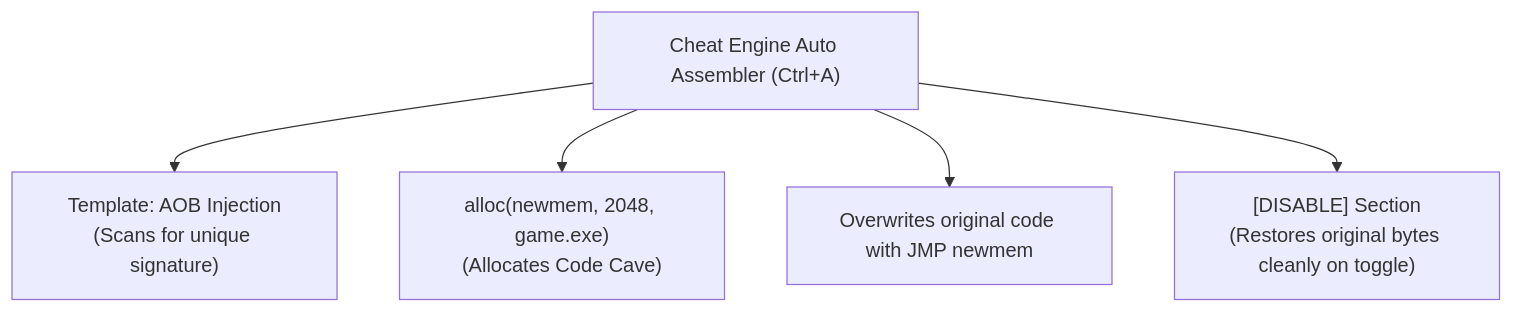
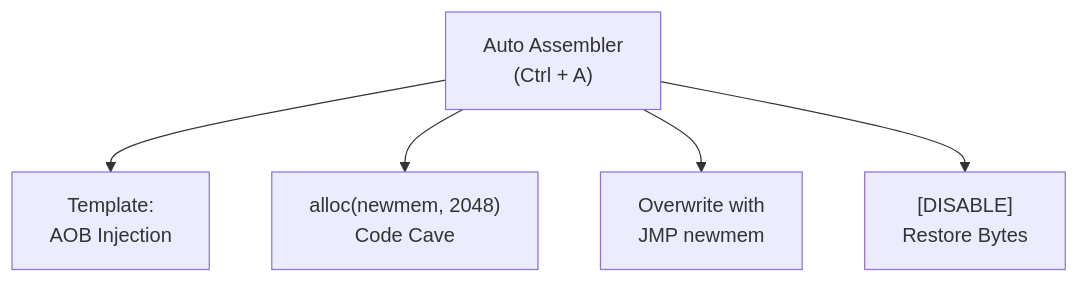
One commit to DaddyZyn/Cyber-security-notes changed the third of 3 diagrams in topics/25-reverse-engineering-workflows-ida-ghidra-x64dbg-ce/README.md. Above: the diagram before and after it, drawn with Mermaid. The commit also changed other lines of this file and 7 other files, not shown here.

Commit message:
fix: reformat all diagrams in modules 20-27 with ultra-short line wrapping to prevent GitHub SVG text clipping

````diff
--- a/topics/25-reverse-engineering-workflows-ida-ghidra-x64dbg-ce/README.md
+++ b/topics/25-reverse-engineering-workflows-ida-ghidra-x64dbg-ce/README.md
@@ -115,8 +115,8 @@
 ```mermaid
 flowchart TD
-    AA["Cheat Engine Auto Assembler (Ctrl+A)"]
-    AA --> AOB["Template: AOB Injection<br/>(Scans for unique signature)"]
-    AA --> Alloc["alloc(newmem, 2048, game.exe)<br/>(Allocates Code Cave)"]
-    AA --> Patch["Overwrites original code with JMP newmem"]
-    AA --> Dealloc["[DISABLE] Section<br/>(Restores original bytes cleanly on toggle)"]
+    AA["Auto Assembler<br/>(Ctrl + A)"]
+    AA --> AOB["Template:<br/>AOB Injection"]
+    AA --> Alloc["alloc(newmem, 2048)<br/>Code Cave"]
+    AA --> Patch["Overwrite with<br/>JMP newmem"]
+    AA --> Dealloc["[DISABLE]<br/>Restore Bytes"]
 ```
````
